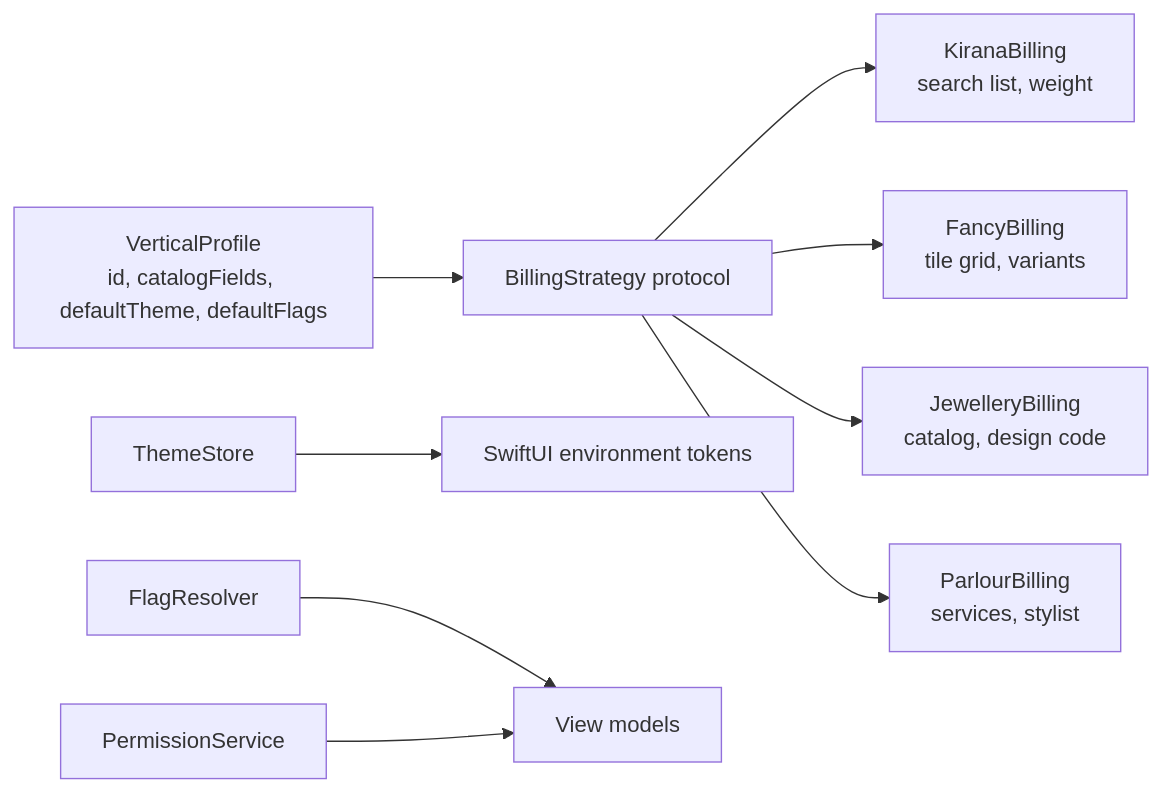
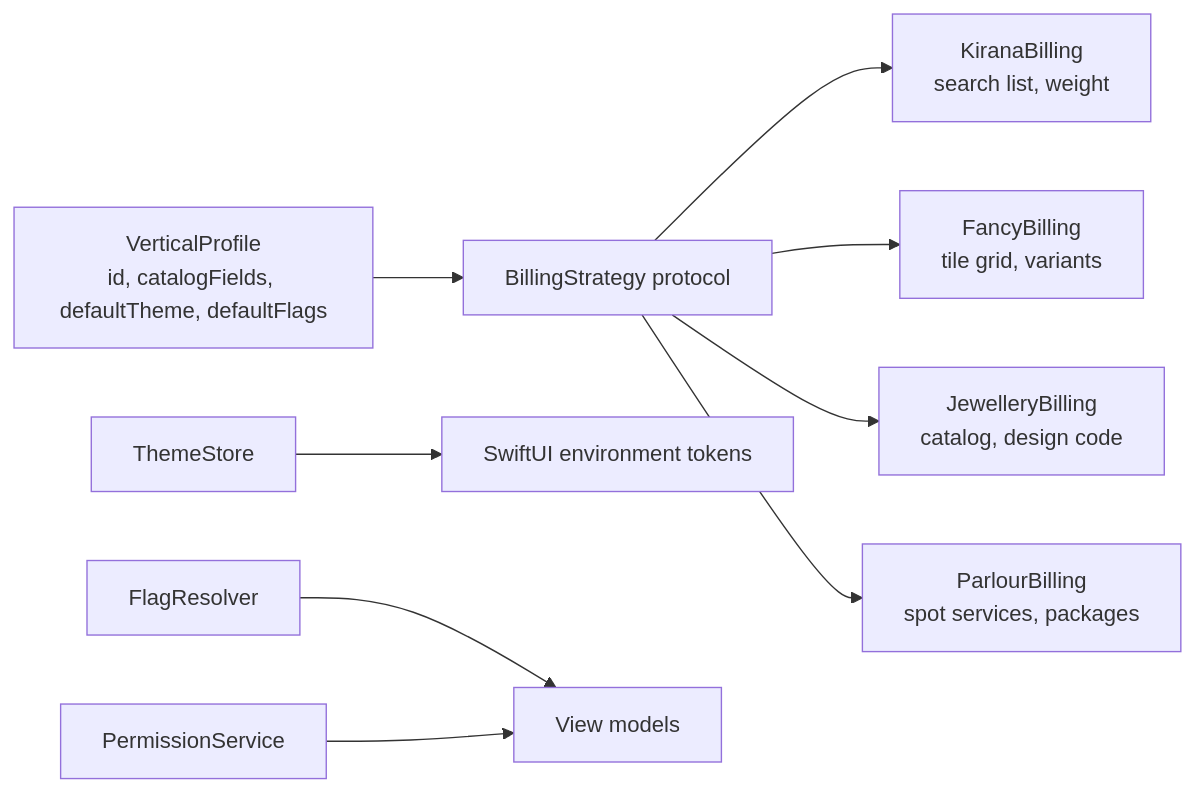
The sixth of 6 diagrams in docs/03-architecture-hld.md (manikantanandam/apoorva-skip), drawn with Mermaid before and after one commit. The commit also changed other lines of this file and 250 other files, not shown here.

````diff
--- a/docs/03-architecture-hld.md
+++ b/docs/03-architecture-hld.md
@@ -135,11 +135,11 @@
 ```mermaid
 flowchart LR
   VP[VerticalProfile<br/>id, catalogFields, defaultTheme, defaultFlags] --> BS[BillingStrategy protocol]
   BS --> K[KiranaBilling<br/>search list, weight]
   BS --> F[FancyBilling<br/>tile grid, variants]
   BS --> J[JewelleryBilling<br/>catalog, design code]
-  BS --> P[ParlourBilling<br/>services, stylist]
+  BS --> P[ParlourBilling<br/>spot services, packages]
   TS[ThemeStore] --> UI[SwiftUI environment tokens]
   FR[FlagResolver] --> VM[View models]
   PR[PermissionService] --> VM
 ```
````
